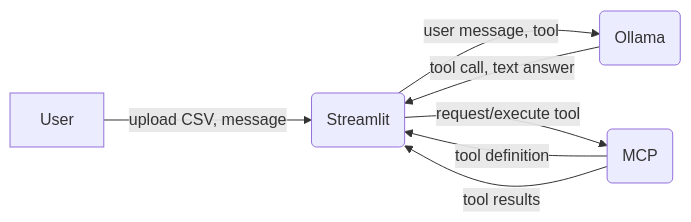
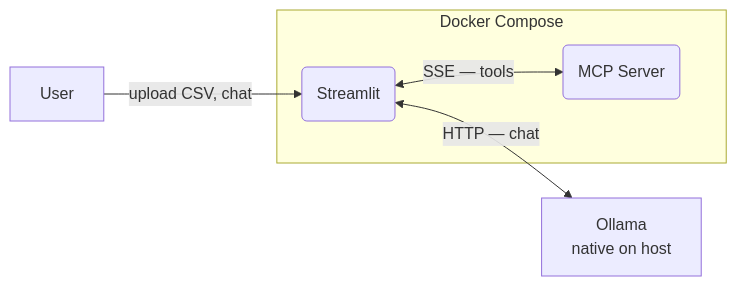
One commit to LFairbairn/datapilot changed the diagram in README.md. Above: the diagram before and after it, drawn with Mermaid. The commit also changed other lines of this file and 3 other files, not shown here.

Commit message:
Add tests for csv_tools, update README and TODO to reflect descoped charts

````diff
--- a/README.md
+++ b/README.md
@@ -77,9 +70,12 @@
 ```mermaid
 flowchart LR
-    A[User] -->|upload CSV, message| B(Streamlit)
-    B --> |user message, tool| C(Ollama)
-    B --> |request/execute tool| D(MCP)
-    D --> |tool definition| B
-    D --> |tool results| B
-    C --> |tool call, text answer| B
+    A[User] -->|upload CSV, chat| B
+
+    subgraph Docker Compose
+        B(Streamlit)
+        D(MCP Server)
+    end
+
+    B <-->|SSE — tools| D
+    B <-->|HTTP — chat| C[Ollama\nnative on host]
 ```
````
